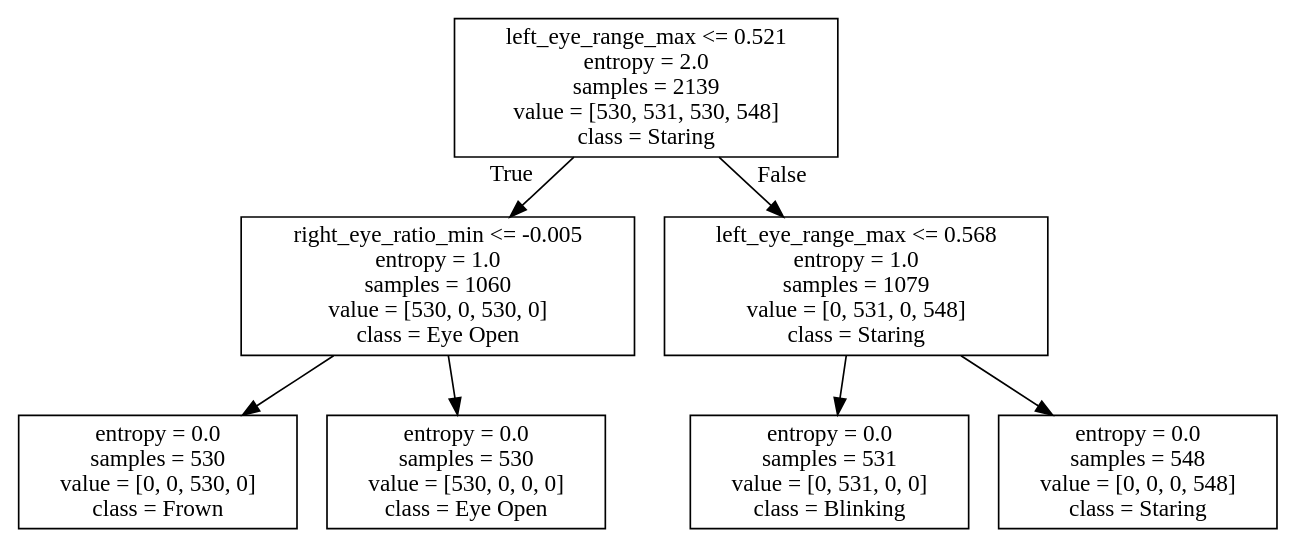
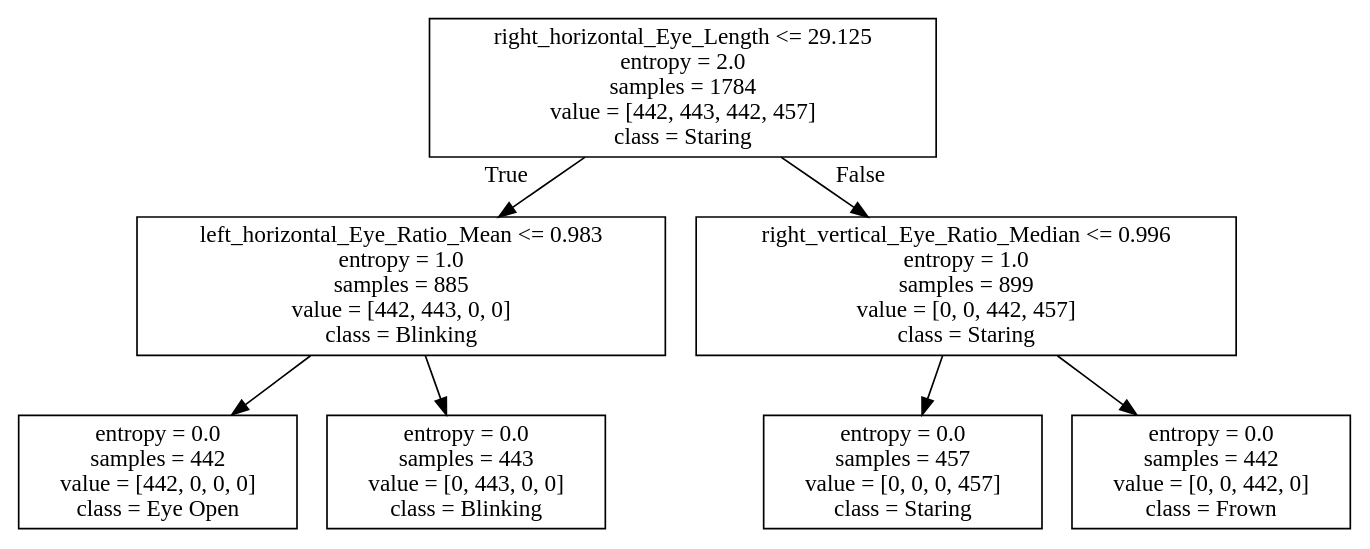
The diagram in training_output/sample.dot (CS328-Fall2021/Final_Project_Group_16), drawn with Graphviz before and after one commit. The commit also changed 9 other files, not shown here.

```diff
--- a/training_output/sample.dot
+++ b/training_output/sample.dot
@@ -1,16 +1,16 @@
 digraph Tree {
 node [shape=box] ;
-0 [label="left_eye_range_max <= 0.521\nentropy = 2.0\nsamples = 2139\nvalue = [530, 531, 530, 548]\nclass = Staring"] ;
-1 [label="right_eye_ratio_min <= -0.005\nentropy = 1.0\nsamples = 1060\nvalue = [530, 0, 530, 0]\nclass = Eye Open"] ;
+0 [label="right_horizontal_Eye_Length <= 29.125\nentropy = 2.0\nsamples = 1784\nvalue = [442, 443, 442, 457]\nclass = Staring"] ;
+1 [label="left_horizontal_Eye_Ratio_Mean <= 0.983\nentropy = 1.0\nsamples = 885\nvalue = [442, 443, 0, 0]\nclass = Blinking"] ;
 0 -> 1 [labeldistance=2.5, labelangle=45, headlabel="True"] ;
-2 [label="entropy = 0.0\nsamples = 530\nvalue = [0, 0, 530, 0]\nclass = Frown"] ;
+2 [label="entropy = 0.0\nsamples = 442\nvalue = [442, 0, 0, 0]\nclass = Eye Open"] ;
 1 -> 2 ;
-3 [label="entropy = 0.0\nsamples = 530\nvalue = [530, 0, 0, 0]\nclass = Eye Open"] ;
+3 [label="entropy = 0.0\nsamples = 443\nvalue = [0, 443, 0, 0]\nclass = Blinking"] ;
 1 -> 3 ;
-4 [label="left_eye_range_max <= 0.568\nentropy = 1.0\nsamples = 1079\nvalue = [0, 531, 0, 548]\nclass = Staring"] ;
+4 [label="right_vertical_Eye_Ratio_Median <= 0.996\nentropy = 1.0\nsamples = 899\nvalue = [0, 0, 442, 457]\nclass = Staring"] ;
 0 -> 4 [labeldistance=2.5, labelangle=-45, headlabel="False"] ;
-5 [label="entropy = 0.0\nsamples = 531\nvalue = [0, 531, 0, 0]\nclass = Blinking"] ;
+5 [label="entropy = 0.0\nsamples = 457\nvalue = [0, 0, 0, 457]\nclass = Staring"] ;
 4 -> 5 ;
-6 [label="entropy = 0.0\nsamples = 548\nvalue = [0, 0, 0, 548]\nclass = Staring"] ;
+6 [label="entropy = 0.0\nsamples = 442\nvalue = [0, 0, 442, 0]\nclass = Frown"] ;
 4 -> 6 ;
 }
```
